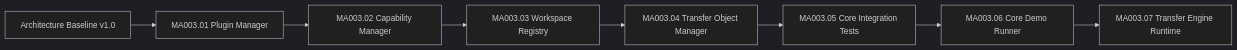
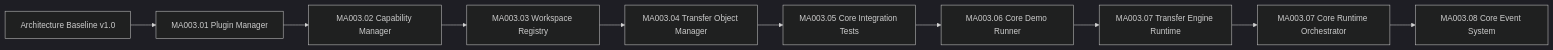
One commit to rk-engineeringAToutlook-de/RKWorkspace changed the diagram in Docs/Development/MA003_Progress.md. Above: the diagram before and after it, drawn with Mermaid (dark theme). The commit also changed other lines of this file and 15 other files, not shown here.

Commit message:
feat(core): add runtime engine

````diff
--- a/Docs/Development/MA003_Progress.md
+++ b/Docs/Development/MA003_Progress.md
@@ -14,10 +14,12 @@
 ```mermaid
 flowchart LR
     Baseline["Architecture Baseline v1.0"] --> MA00301["MA003.01 Plugin Manager"]
     MA00301 --> MA00302["MA003.02 Capability Manager"]
     MA00302 --> MA00303["MA003.03 Workspace Registry"]
     MA00303 --> MA00304["MA003.04 Transfer Object Manager"]
     MA00304 --> MA00305["MA003.05 Core Integration Tests"]
     MA00305 --> MA00306["MA003.06 Core Demo Runner"]
     MA00306 --> MA00307["MA003.07 Transfer Engine Runtime"]
+    MA00307 --> MA00307R["MA003.07 Core Runtime Orchestrator"]
+    MA00307R --> MA00308["MA003.08 Core Event System"]
 ```
````
